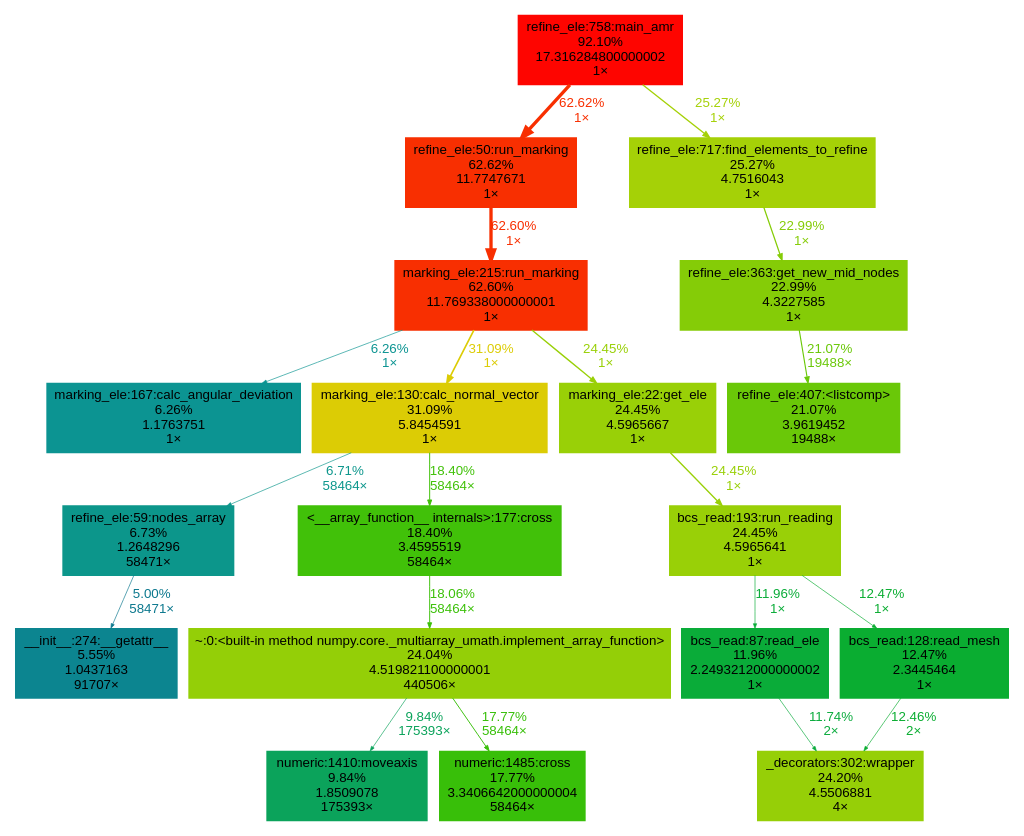
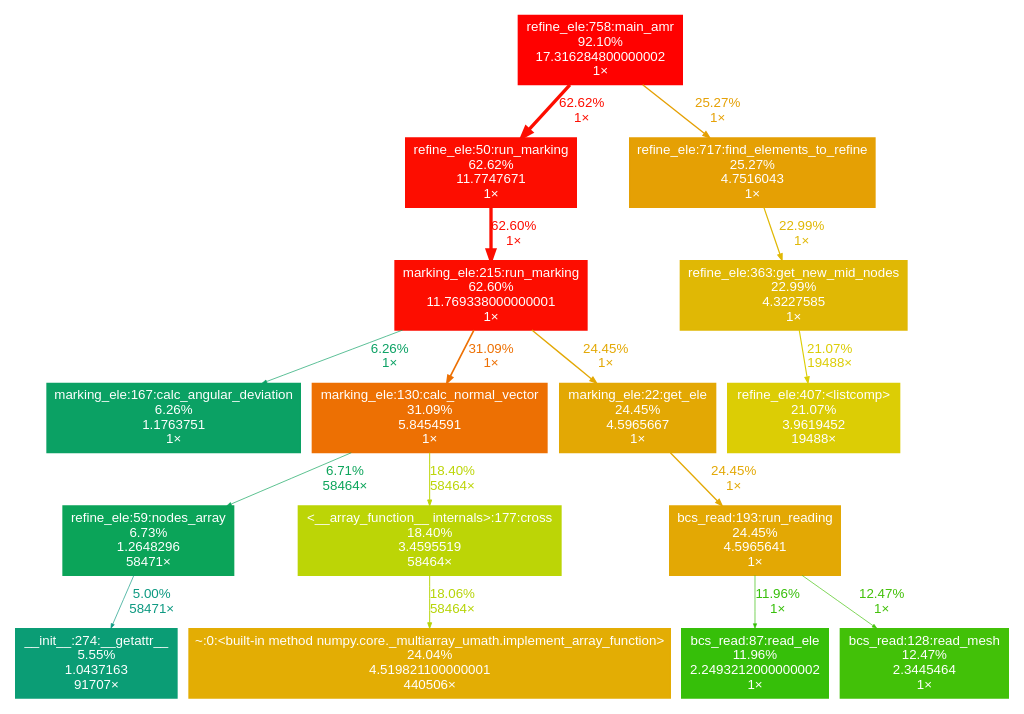
Before and after one commit to hbrs-cse/bsim_amr: the diagram in cProfile/output.dot, drawn with Graphviz. The commit also changed 7 other files, not shown here.

Commit message:
List comprehensio for the bcs_mesh creation took too much time. Changed it to another method

```diff
--- a/cProfile/output.dot
+++ b/cProfile/output.dot
@@ -1,43 +1,36 @@
 digraph {
 	graph [fontname=Arial, nodesep=0.125, ranksep=0.25];
 	node [fontcolor=white, fontname=Arial, height=0, shape=box, style=filled, width=0];
 	edge [fontname=Arial];
-	976 [color="#0c8590", fontcolor=black, fontsize="10.00", label="__init__:274:__getattr__\n5.55%\n1.0437163\n91707×", tooltip="C:\\Users\\Fabik\\AppData\\Local\\Programs\\Python\\Python310\\lib\\site-packages\\numpy\\__init__.py"];
-	977 [color="#0c968b", fontcolor=black, fontsize="10.00", label="refine_ele:59:nodes_array\n6.73%\n1.2648296\n58471×", tooltip="D:\\OneDrive - Hochschule Bonn-Rhein-Sieg\\Master\\bsim_amr\\src\\refine_ele.py"];
-	977 -> 976 [arrowsize="0.35", color="#0c788e", fontcolor="#0c788e", fontsize="10.00", label="5.00%\n58471×", labeldistance="0.50", penwidth="0.50"];
-	1165 [color="#0c9492", fontcolor=black, fontsize="10.00", label="marking_ele:167:calc_angular_deviation\n6.26%\n1.1763751\n1×", tooltip="D:\\OneDrive - Hochschule Bonn-Rhein-Sieg\\Master\\bsim_amr\\src\\marking_ele.py"];
-	1205 [color="#0ba35b", fontcolor=black, fontsize="10.00", label="numeric:1410:moveaxis\n9.84%\n1.8509078\n175393×", tooltip="C:\\Users\\Fabik\\AppData\\Local\\Programs\\Python\\Python310\\lib\\site-packages\\numpy\\core\\numeric.py"];
-	1209 [color="#94cf07", fontcolor=black, fontsize="10.00", label="~:0:<built-in method numpy.core._multiarray_umath.implement_array_function>\n24.04%\n4.519821100000001\n440506×", tooltip="~"];
-	1209 -> 1205 [arrowsize="0.35", color="#0ba35b", fontcolor="#0ba35b", fontsize="10.00", label="9.84%\n175393×", labeldistance="0.50", penwidth="0.50"];
-	1209 -> 1212 [arrowsize="0.42", color="#38bf09", fontcolor="#38bf09", fontsize="10.00", label="17.77%\n58464×", labeldistance="0.71", penwidth="0.71"];
-	1211 [color="#41c109", fontcolor=black, fontsize="10.00", label="<__array_function__ internals>:177:cross\n18.40%\n3.4595519\n58464×", tooltip="<__array_function__ internals>"];
-	1211 -> 1209 [arrowsize="0.42", color="#3cc009", fontcolor="#3cc009", fontsize="10.00", label="18.06%\n58464×", labeldistance="0.72", penwidth="0.72"];
-	1212 [color="#38bf09", fontcolor=black, fontsize="10.00", label="numeric:1485:cross\n17.77%\n3.3406642000000004\n58464×", tooltip="C:\\Users\\Fabik\\AppData\\Local\\Programs\\Python\\Python310\\lib\\site-packages\\numpy\\core\\numeric.py"];
-	1270 [color="#dccc05", fontcolor=black, fontsize="10.00", label="marking_ele:130:calc_normal_vector\n31.09%\n5.8454591\n1×", tooltip="D:\\OneDrive - Hochschule Bonn-Rhein-Sieg\\Master\\bsim_amr\\src\\marking_ele.py"];
-	1270 -> 977 [arrowsize="0.35", color="#0c968c", fontcolor="#0c968c", fontsize="10.00", label="6.71%\n58464×", labeldistance="0.50", penwidth="0.50"];
-	1270 -> 1211 [arrowsize="0.43", color="#41c109", fontcolor="#41c109", fontsize="10.00", label="18.40%\n58464×", labeldistance="0.74", penwidth="0.74"];
-	1475 [color="#85cc07", fontcolor=black, fontsize="10.00", label="refine_ele:363:get_new_mid_nodes\n22.99%\n4.3227585\n1×", tooltip="D:\\OneDrive - Hochschule Bonn-Rhein-Sieg\\Master\\bsim_amr\\src\\refine_ele.py"];
-	1475 -> 1591 [arrowsize="0.46", color="#6ac808", fontcolor="#6ac808", fontsize="10.00", label="21.07%\n19488×", labeldistance="0.84", penwidth="0.84"];
-	1579 [color="#f82f01", fontcolor=black, fontsize="10.00", label="refine_ele:50:run_marking\n62.62%\n11.7747671\n1×", tooltip="D:\\OneDrive - Hochschule Bonn-Rhein-Sieg\\Master\\bsim_amr\\src\\refine_ele.py"];
-	1579 -> 1612 [arrowsize="0.79", color="#f82f01", fontcolor="#f82f01", fontsize="10.00", label="62.60%\n1×", labeldistance="2.50", penwidth="2.50"];
-	1580 [color="#fe0500", fontcolor=black, fontsize="10.00", label="refine_ele:758:main_amr\n92.10%\n17.316284800000002\n1×", tooltip="D:\\OneDrive - Hochschule Bonn-Rhein-Sieg\\Master\\bsim_amr\\src\\refine_ele.py"];
-	1580 -> 1579 [arrowsize="0.79", color="#f82f01", fontcolor="#f82f01", fontsize="10.00", label="62.62%\n1×", labeldistance="2.50", penwidth="2.50"];
-	1580 -> 1585 [arrowsize="0.50", color="#a5d107", fontcolor="#a5d107", fontsize="10.00", label="25.27%\n1×", labeldistance="1.01", penwidth="1.01"];
-	1585 [color="#a5d107", fontcolor=black, fontsize="10.00", label="refine_ele:717:find_elements_to_refine\n25.27%\n4.7516043\n1×", tooltip="D:\\OneDrive - Hochschule Bonn-Rhein-Sieg\\Master\\bsim_amr\\src\\refine_ele.py"];
-	1585 -> 1475 [arrowsize="0.48", color="#85cc07", fontcolor="#85cc07", fontsize="10.00", label="22.99%\n1×", labeldistance="0.92", penwidth="0.92"];
-	1591 [color="#6ac808", fontcolor=black, fontsize="10.00", label="refine_ele:407:<listcomp>\n21.07%\n3.9619452\n19488×", tooltip="D:\\OneDrive - Hochschule Bonn-Rhein-Sieg\\Master\\bsim_amr\\src\\refine_ele.py"];
-	1611 [color="#99d007", fontcolor=black, fontsize="10.00", label="marking_ele:22:get_ele\n24.45%\n4.5965667\n1×", tooltip="D:\\OneDrive - Hochschule Bonn-Rhein-Sieg\\Master\\bsim_amr\\src\\marking_ele.py"];
-	1611 -> 1620 [arrowsize="0.49", color="#99d007", fontcolor="#99d007", fontsize="10.00", label="24.45%\n1×", labeldistance="0.98", penwidth="0.98"];
-	1612 [color="#f82f01", fontcolor=black, fontsize="10.00", label="marking_ele:215:run_marking\n62.60%\n11.769338000000001\n1×", tooltip="D:\\OneDrive - Hochschule Bonn-Rhein-Sieg\\Master\\bsim_amr\\src\\marking_ele.py"];
-	1612 -> 1165 [arrowsize="0.35", color="#0c9492", fontcolor="#0c9492", fontsize="10.00", label="6.26%\n1×", labeldistance="0.50", penwidth="0.50"];
-	1612 -> 1270 [arrowsize="0.56", color="#dccc05", fontcolor="#dccc05", fontsize="10.00", label="31.09%\n1×", labeldistance="1.24", penwidth="1.24"];
-	1612 -> 1611 [arrowsize="0.49", color="#99d007", fontcolor="#99d007", fontsize="10.00", label="24.45%\n1×", labeldistance="0.98", penwidth="0.98"];
-	1620 [color="#99d007", fontcolor=black, fontsize="10.00", label="bcs_read:193:run_reading\n24.45%\n4.5965641\n1×", tooltip="D:\\OneDrive - Hochschule Bonn-Rhein-Sieg\\Master\\bsim_amr\\src\\bcs_read.py"];
-	1620 -> 1624 [arrowsize="0.35", color="#0aac39", fontcolor="#0aac39", fontsize="10.00", label="11.96%\n1×", labeldistance="0.50", penwidth="0.50"];
-	1620 -> 1626 [arrowsize="0.35", color="#0aad31", fontcolor="#0aad31", fontsize="10.00", label="12.47%\n1×", labeldistance="0.50", penwidth="0.50"];
-	1624 [color="#0aac39", fontcolor=black, fontsize="10.00", label="bcs_read:87:read_ele\n11.96%\n2.2493212000000002\n1×", tooltip="D:\\OneDrive - Hochschule Bonn-Rhein-Sieg\\Master\\bsim_amr\\src\\bcs_read.py"];
-	1624 -> 1666 [arrowsize="0.35", color="#0aab3d", fontcolor="#0aab3d", fontsize="10.00", label="11.74%\n2×", labeldistance="0.50", penwidth="0.50"];
-	1626 [color="#0aad31", fontcolor=black, fontsize="10.00", label="bcs_read:128:read_mesh\n12.47%\n2.3445464\n1×", tooltip="D:\\OneDrive - Hochschule Bonn-Rhein-Sieg\\Master\\bsim_amr\\src\\bcs_read.py"];
-	1626 -> 1666 [arrowsize="0.35", color="#0aad31", fontcolor="#0aad31", fontsize="10.00", label="12.46%\n2×", labeldistance="0.50", penwidth="0.50"];
-	1666 [color="#96cf07", fontcolor=black, fontsize="10.00", label="_decorators:302:wrapper\n24.20%\n4.5506881\n4×", tooltip="C:\\Users\\Fabik\\AppData\\Local\\Programs\\Python\\Python310\\lib\\site-packages\\pandas\\util\\_decorators.py"];
+	976 [color="#0b9d75", fontcolor="#ffffff", fontsize="10.00", label="__init__:274:__getattr__\n5.55%\n1.0437163\n91707×", tooltip="C:\\Users\\Fabik\\AppData\\Local\\Programs\\Python\\Python310\\lib\\site-packages\\numpy\\__init__.py"];
+	977 [color="#0ba459", fontcolor="#ffffff", fontsize="10.00", label="refine_ele:59:nodes_array\n6.73%\n1.2648296\n58471×", tooltip="D:\\OneDrive - Hochschule Bonn-Rhein-Sieg\\Master\\bsim_amr\\src\\refine_ele.py"];
+	977 -> 976 [arrowsize="0.35", color="#0c9981", fontcolor="#0c9981", fontsize="10.00", label="5.00%\n58471×", labeldistance="0.50", penwidth="0.50"];
+	1165 [color="#0ba164", fontcolor="#ffffff", fontsize="10.00", label="marking_ele:167:calc_angular_deviation\n6.26%\n1.1763751\n1×", tooltip="D:\\OneDrive - Hochschule Bonn-Rhein-Sieg\\Master\\bsim_amr\\src\\marking_ele.py"];
+	1209 [color="#e3ad04", fontcolor="#ffffff", fontsize="10.00", label="~:0:<built-in method numpy.core._multiarray_umath.implement_array_function>\n24.04%\n4.519821100000001\n440506×", tooltip="~"];
+	1211 [color="#bcd506", fontcolor="#ffffff", fontsize="10.00", label="<__array_function__ internals>:177:cross\n18.40%\n3.4595519\n58464×", tooltip="<__array_function__ internals>"];
+	1211 -> 1209 [arrowsize="0.42", color="#b6d406", fontcolor="#b6d406", fontsize="10.00", label="18.06%\n58464×", labeldistance="0.72", penwidth="0.72"];
+	1270 [color="#ed7003", fontcolor="#ffffff", fontsize="10.00", label="marking_ele:130:calc_normal_vector\n31.09%\n5.8454591\n1×", tooltip="D:\\OneDrive - Hochschule Bonn-Rhein-Sieg\\Master\\bsim_amr\\src\\marking_ele.py"];
+	1270 -> 977 [arrowsize="0.35", color="#0ba45a", fontcolor="#0ba45a", fontsize="10.00", label="6.71%\n58464×", labeldistance="0.50", penwidth="0.50"];
+	1270 -> 1211 [arrowsize="0.43", color="#bcd506", fontcolor="#bcd506", fontsize="10.00", label="18.40%\n58464×", labeldistance="0.74", penwidth="0.74"];
+	1475 [color="#e0b805", fontcolor="#ffffff", fontsize="10.00", label="refine_ele:363:get_new_mid_nodes\n22.99%\n4.3227585\n1×", tooltip="D:\\OneDrive - Hochschule Bonn-Rhein-Sieg\\Master\\bsim_amr\\src\\refine_ele.py"];
+	1475 -> 1591 [arrowsize="0.46", color="#dccd05", fontcolor="#dccd05", fontsize="10.00", label="21.07%\n19488×", labeldistance="0.84", penwidth="0.84"];
+	1579 [color="#fd0d00", fontcolor="#ffffff", fontsize="10.00", label="refine_ele:50:run_marking\n62.62%\n11.7747671\n1×", tooltip="D:\\OneDrive - Hochschule Bonn-Rhein-Sieg\\Master\\bsim_amr\\src\\refine_ele.py"];
+	1579 -> 1612 [arrowsize="0.79", color="#fd0d00", fontcolor="#fd0d00", fontsize="10.00", label="62.60%\n1×", labeldistance="2.50", penwidth="2.50"];
+	1580 [color="#ff0100", fontcolor="#ffffff", fontsize="10.00", label="refine_ele:758:main_amr\n92.10%\n17.316284800000002\n1×", tooltip="D:\\OneDrive - Hochschule Bonn-Rhein-Sieg\\Master\\bsim_amr\\src\\refine_ele.py"];
+	1580 -> 1579 [arrowsize="0.79", color="#fd0d00", fontcolor="#fd0d00", fontsize="10.00", label="62.62%\n1×", labeldistance="2.50", penwidth="2.50"];
+	1580 -> 1585 [arrowsize="0.50", color="#e5a004", fontcolor="#e5a004", fontsize="10.00", label="25.27%\n1×", labeldistance="1.01", penwidth="1.01"];
+	1585 [color="#e5a004", fontcolor="#ffffff", fontsize="10.00", label="refine_ele:717:find_elements_to_refine\n25.27%\n4.7516043\n1×", tooltip="D:\\OneDrive - Hochschule Bonn-Rhein-Sieg\\Master\\bsim_amr\\src\\refine_ele.py"];
+	1585 -> 1475 [arrowsize="0.48", color="#e0b805", fontcolor="#e0b805", fontsize="10.00", label="22.99%\n1×", labeldistance="0.92", penwidth="0.92"];
+	1591 [color="#dccd05", fontcolor="#ffffff", fontsize="10.00", label="refine_ele:407:<listcomp>\n21.07%\n3.9619452\n19488×", tooltip="D:\\OneDrive - Hochschule Bonn-Rhein-Sieg\\Master\\bsim_amr\\src\\refine_ele.py"];
+	1611 [color="#e3a804", fontcolor="#ffffff", fontsize="10.00", label="marking_ele:22:get_ele\n24.45%\n4.5965667\n1×", tooltip="D:\\OneDrive - Hochschule Bonn-Rhein-Sieg\\Master\\bsim_amr\\src\\marking_ele.py"];
+	1611 -> 1620 [arrowsize="0.49", color="#e3a804", fontcolor="#e3a804", fontsize="10.00", label="24.45%\n1×", labeldistance="0.98", penwidth="0.98"];
+	1612 [color="#fd0d00", fontcolor="#ffffff", fontsize="10.00", label="marking_ele:215:run_marking\n62.60%\n11.769338000000001\n1×", tooltip="D:\\OneDrive - Hochschule Bonn-Rhein-Sieg\\Master\\bsim_amr\\src\\marking_ele.py"];
+	1612 -> 1165 [arrowsize="0.35", color="#0ba164", fontcolor="#0ba164", fontsize="10.00", label="6.26%\n1×", labeldistance="0.50", penwidth="0.50"];
+	1612 -> 1270 [arrowsize="0.56", color="#ed7003", fontcolor="#ed7003", fontsize="10.00", label="31.09%\n1×", labeldistance="1.24", penwidth="1.24"];
+	1612 -> 1611 [arrowsize="0.49", color="#e3a804", fontcolor="#e3a804", fontsize="10.00", label="24.45%\n1×", labeldistance="0.98", penwidth="0.98"];
+	1620 [color="#e3a804", fontcolor="#ffffff", fontsize="10.00", label="bcs_read:193:run_reading\n24.45%\n4.5965641\n1×", tooltip="D:\\OneDrive - Hochschule Bonn-Rhein-Sieg\\Master\\bsim_amr\\src\\bcs_read.py"];
+	1620 -> 1624 [arrowsize="0.35", color="#36bf09", fontcolor="#36bf09", fontsize="10.00", label="11.96%\n1×", labeldistance="0.50", penwidth="0.50"];
+	1620 -> 1626 [arrowsize="0.35", color="#42c108", fontcolor="#42c108", fontsize="10.00", label="12.47%\n1×", labeldistance="0.50", penwidth="0.50"];
+	1624 [color="#36bf09", fontcolor="#ffffff", fontsize="10.00", label="bcs_read:87:read_ele\n11.96%\n2.2493212000000002\n1×", tooltip="D:\\OneDrive - Hochschule Bonn-Rhein-Sieg\\Master\\bsim_amr\\src\\bcs_read.py"];
+	1626 [color="#42c108", fontcolor="#ffffff", fontsize="10.00", label="bcs_read:128:read_mesh\n12.47%\n2.3445464\n1×", tooltip="D:\\OneDrive - Hochschule Bonn-Rhein-Sieg\\Master\\bsim_amr\\src\\bcs_read.py"];
 }
```
